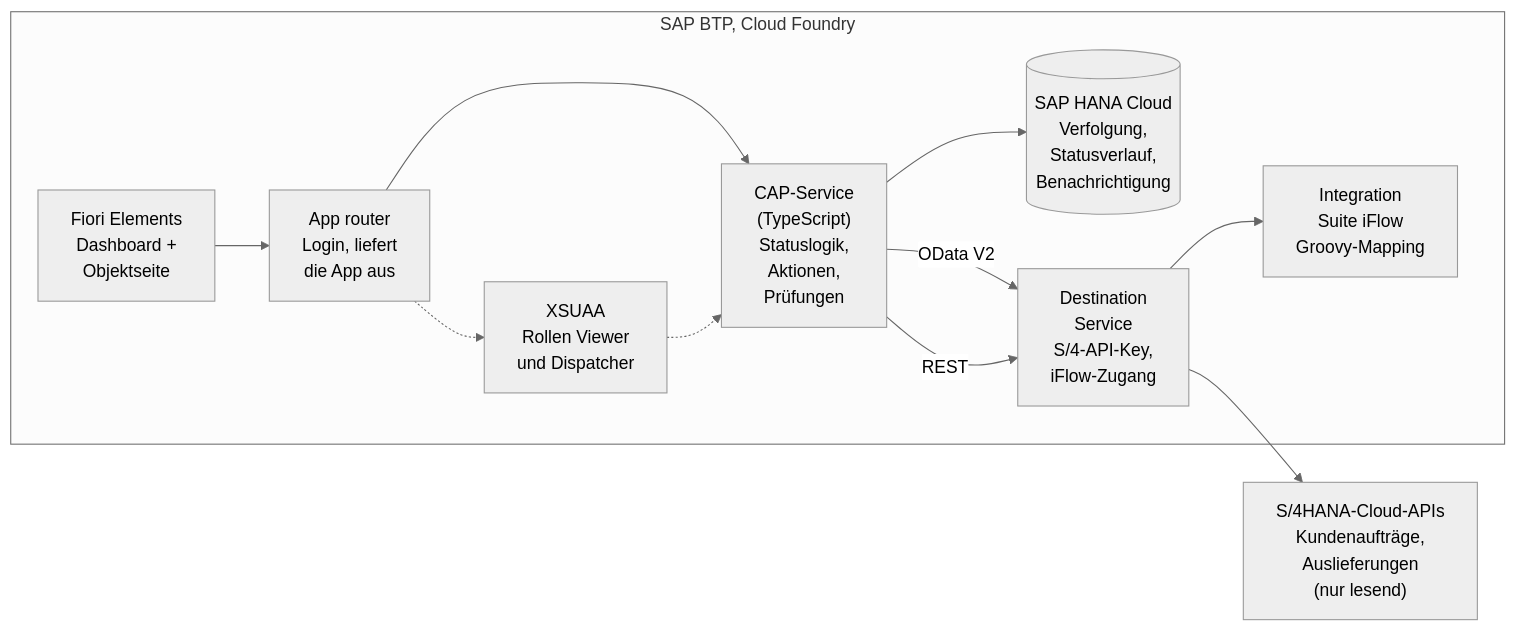
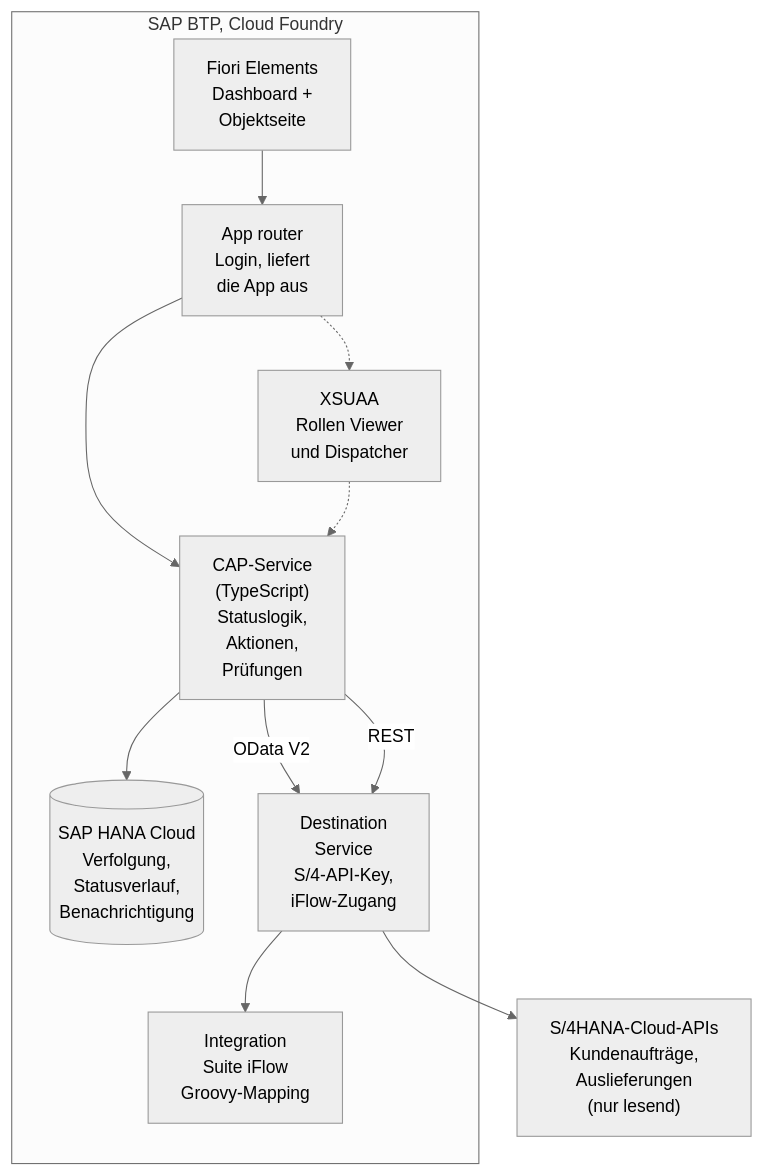
One commit to nizeyimanaissa-hub/lieferstatus-hub changed the diagram in README.md. Above: the diagram before and after it, drawn with Mermaid (neutral theme).

````diff
--- a/README.md
+++ b/README.md
@@ -34,20 +34,20 @@
 ```mermaid
-flowchart LR
+flowchart TB
   subgraph BTP["SAP BTP, Cloud Foundry"]
     FE["Fiori Elements<br/>Dashboard +<br/>Objektseite"]
     AR["App router<br/>Login, liefert<br/>die App aus"]
     SRV["CAP-Service<br/>(TypeScript)<br/>Statuslogik,<br/>Aktionen,<br/>Prüfungen"]
     DB[("SAP HANA Cloud<br/>Verfolgung,<br/>Statusverlauf,<br/>Benachrichtigung")]
     XS["XSUAA<br/>Rollen Viewer<br/>und Dispatcher"]
     DEST["Destination<br/>Service<br/>S/4-API-Key,<br/>iFlow-Zugang"]
     IFLOW["Integration<br/>Suite iFlow<br/>Groovy-Mapping"]
   end
   S4["S/4HANA-Cloud-APIs<br/>Kundenaufträge,<br/>Auslieferungen<br/>(nur lesend)"]
 
   FE --> AR --> SRV
   AR -.-> XS
   SRV --> DB
   SRV -- "OData V2" --> DEST --> S4
   SRV -- "REST" --> DEST --> IFLOW
   XS -.-> SRV
 ```
````
